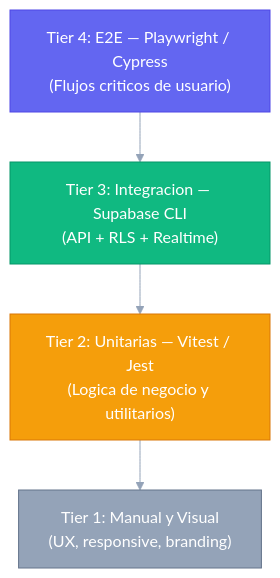
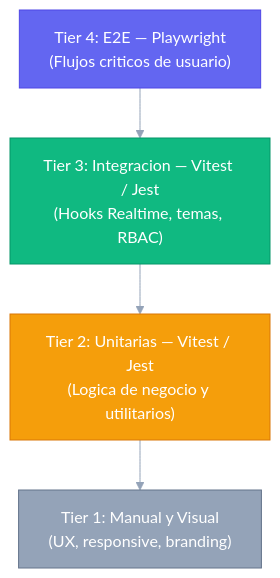
The first of 2 diagrams in Documentacion/TEST_PLAN.md (Hctr2002/Software-Restaurantes), drawn with Mermaid before and after one commit. The commit also changed other lines of this file and 24 other files, not shown here.

````diff
--- a/Documentacion/TEST_PLAN.md
+++ b/Documentacion/TEST_PLAN.md
@@ -11,28 +11,28 @@
 ```mermaid
 %%{init: {
   'theme': 'base',
   'themeVariables': {
     'primaryColor': '#6366f1',
     'primaryTextColor': '#ffffff',
     'primaryBorderColor': '#4f46e5',
     'lineColor': '#94a3b8',
     'secondaryColor': '#10b981',
     'tertiaryColor': '#f8fafc',
     'fontFamily': 'Inter, sans-serif'
   }
 }}%%
 graph TD
     classDef e2e fill:#6366f1,stroke:#4f46e5,color:#fff;
     classDef int fill:#10b981,stroke:#059669,color:#fff;
     classDef unit fill:#f59e0b,stroke:#d97706,color:#fff;
     classDef manual fill:#94a3b8,stroke:#64748b,color:#fff;
 
-    E2E["Tier 4: E2E — Playwright / Cypress\n(Flujos criticos de usuario)"]:::e2e
-    INT["Tier 3: Integracion — Supabase CLI\n(API + RLS + Realtime)"]:::int
+    E2E["Tier 4: E2E — Playwright\n(Flujos criticos de usuario)"]:::e2e
+    INT["Tier 3: Integracion — Vitest / Jest\n(Hooks Realtime, temas, RBAC)"]:::int
     UNIT["Tier 2: Unitarias — Vitest / Jest\n(Logica de negocio y utilitarios)"]:::unit
     MANUAL["Tier 1: Manual y Visual\n(UX, responsive, branding)"]:::manual
 
     E2E --> INT
     INT --> UNIT
     UNIT --> MANUAL
 ```
````
